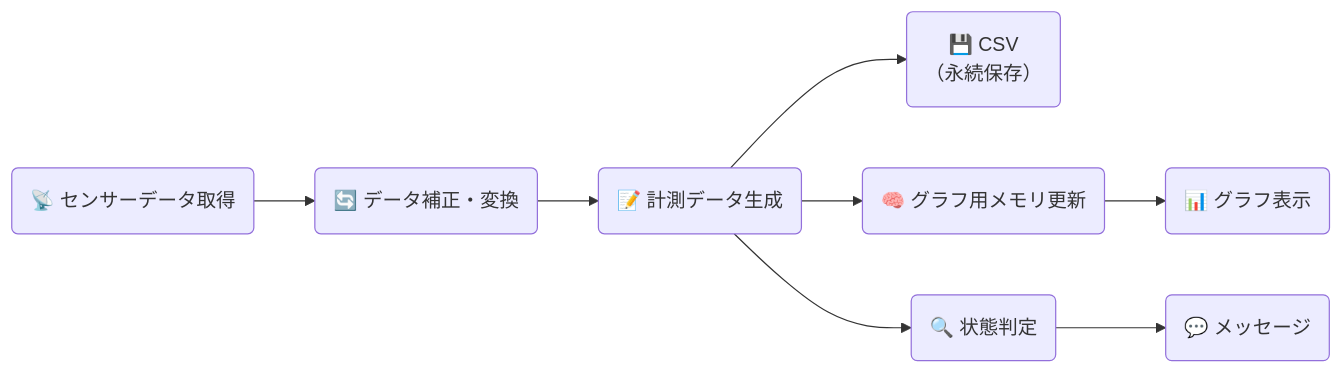
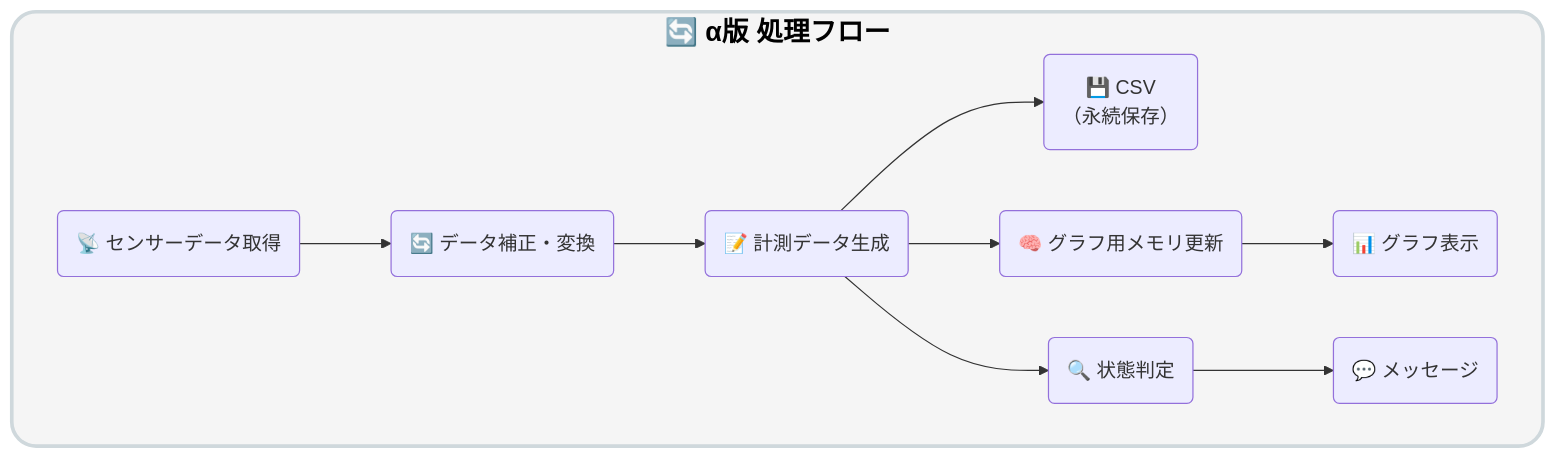
The third of 3 diagrams in README.md (Mutou-dev123/plant-iot-system), drawn with Mermaid before and after one commit. The commit also changed other lines of this file and 3 other files, not shown here.

````diff
--- a/README.md
+++ b/README.md
@@ -228,22 +255,32 @@
 ```mermaid
 graph LR
-    A(📡 センサーデータ取得)
-    B(🔄 データ補正・変換)
-    C(📝 計測データ生成)
-    D(💾 CSV<br>（永続保存）)
-    E(🧠 グラフ用メモリ更新)
-    F(📊 グラフ表示)
-    G(🔍 状態判定)
-    H(💬 メッセージ)
 
-    A --> B
-    B --> C
+    subgraph EntireSystem["<span style='font-size:22px; font-weight:bold; color:#000;'>🔄 α版 処理フロー</span>"]
 
-    C --> D
-    C --> E
-    C --> G
+        direction LR
 
-    E --> F
+        A(📡 センサーデータ取得)
+        B(🔄 データ補正・変換)
+        C(📝 計測データ生成)
+        D(💾 CSV<br>（永続保存）)
+        E(🧠 グラフ用メモリ更新)
+        F(📊 グラフ表示)
+        G(🔍 状態判定)
+        H(💬 メッセージ)
 
-    G --> H
+        A --> B
+        B --> C
+
+        C --> D
+        C --> E
+        C --> G
+
+        E --> F
+
+        G --> H
+        
+    end
+
+    %% ▼ 全体枠のデザイン設定
+    style EntireSystem fill:#f5f5f5,stroke:#cfd8dc,stroke-width:3px,color:#000,rx:20,ry:20,stroke-dasharray: 5 5```
 ```
````
